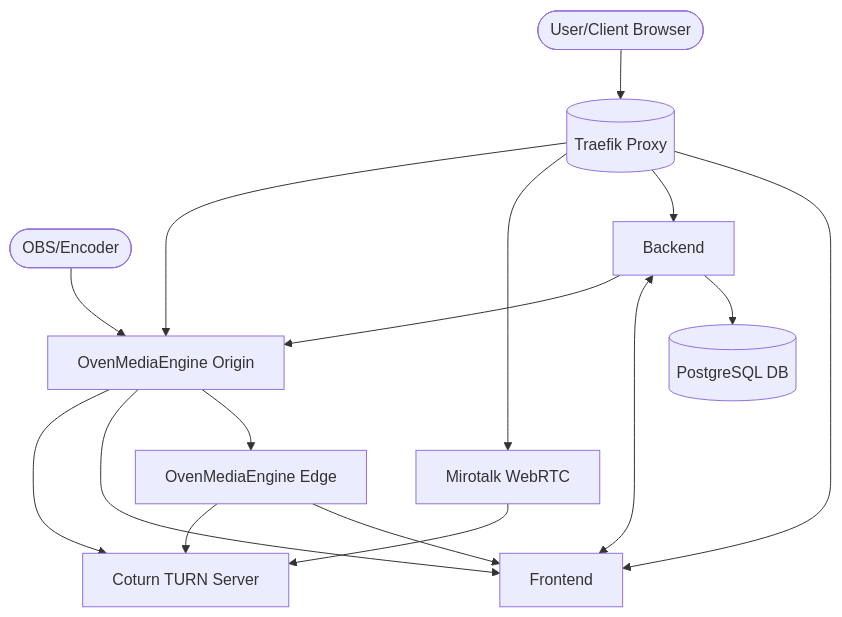
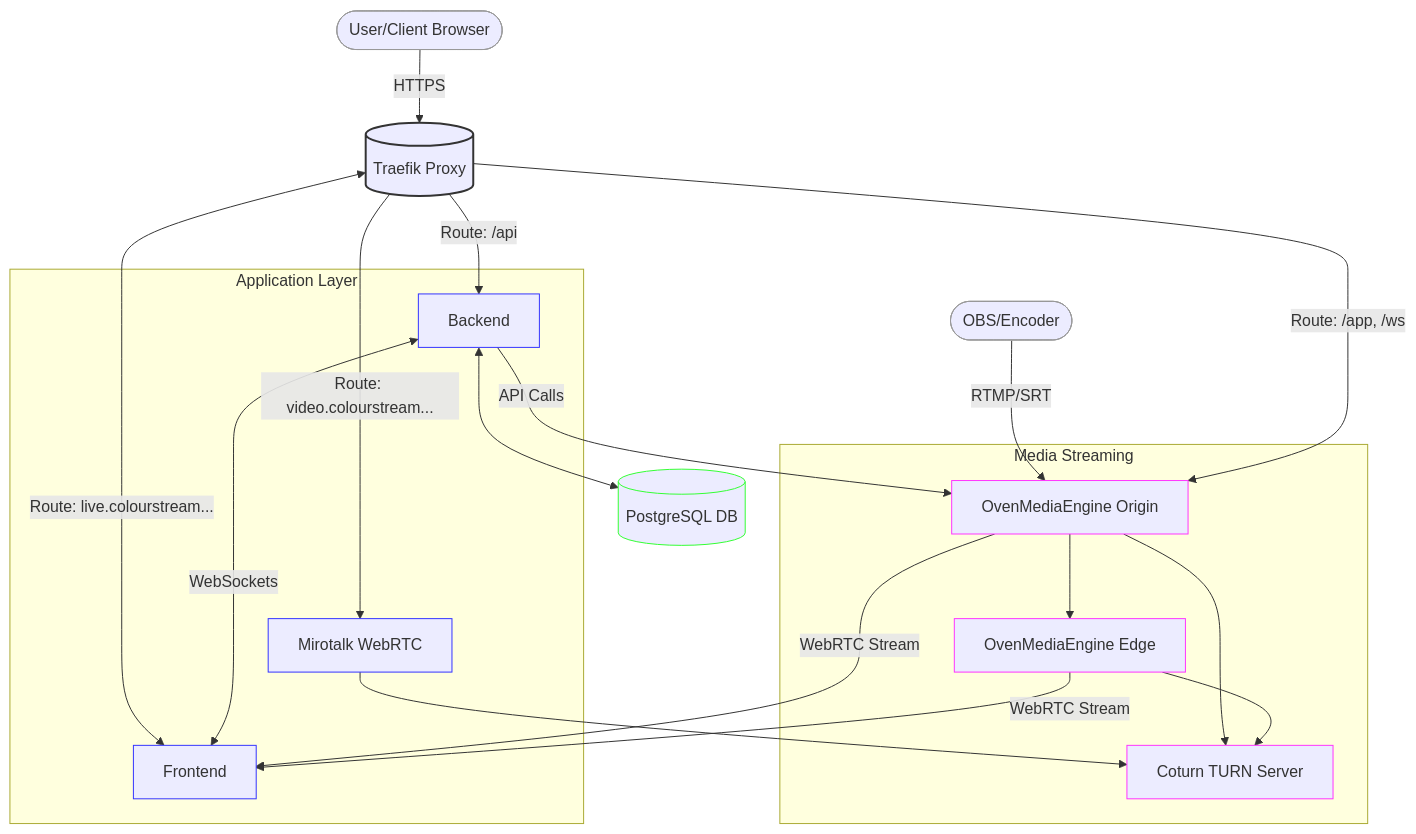
One commit to chaos-dotcom/colourstream changed the diagram in README.md. Above: the diagram before and after it, drawn with Mermaid.

Commit message:
update merthey

````diff
--- a/README.md
+++ b/README.md
@@ -24,27 +24,53 @@
 ```mermaid
 graph TD
     %% Client connections
-    Client([User/Client Browser]) --> Traefik
-    OBS([OBS/Encoder]) --> OME_Origin
+    Client([User/Client Browser]) --> |HTTPS| Traefik
+    OBS([OBS/Encoder]) --> |RTMP/SRT| OME_Origin
     
     %% Traefik routing
-    Traefik[(Traefik Proxy)] --> Frontend
-    Traefik --> Backend
-    Traefik --> Mirotalk
-    Traefik --> OME_Origin
+    Traefik[(Traefik Proxy)] <--> |Route: live.colourstream...| Frontend
+    Traefik --> |Route: /api| Backend
+    Traefik --> |Route: video.colourstream...| Mirotalk
+    Traefik --> |Route: /app, /ws| OME_Origin
     
     %% Backend connections
-    Backend --> PostgreSQL[(PostgreSQL DB)]
-    Backend <--> Frontend
-    Backend --> OME_Origin
+    Backend <--> PostgreSQL[(PostgreSQL DB)]
+    Backend <--> |WebSockets| Frontend
+    Backend --> |API Calls| OME_Origin
     
     %% Media connections
     OME_Origin[OvenMediaEngine Origin] --> OME_Edge[OvenMediaEngine Edge]
-    OME_Origin --> Frontend
-    OME_Edge --> Frontend
+    OME_Origin --> |WebRTC Stream| Frontend
+    OME_Edge --> |WebRTC Stream| Frontend
     
     %% WebRTC components
     Mirotalk[Mirotalk WebRTC] --> Coturn[Coturn TURN Server]
     OME_Origin --> Coturn
     OME_Edge --> Coturn
+    
+    %% Component subgraphs
+    subgraph "Media Streaming"
+        OME_Origin
+        OME_Edge
+        Coturn
+    end
+    
+    subgraph "Application Layer"
+        Frontend
+        Backend
+        Mirotalk
+    end
+    
+    %% Styling
+    classDef proxy fill:,stroke:#333,stroke-width:2px;
+    classDef app fill,stroke:#33f,stroke-width:1px;
+    classDef db fill:,stroke:#3f3,stroke-width:1px;
+    classDef media fill:,stroke:#f3f,stroke-width:1px;
+    classDef client fill:,stroke:#999,stroke-width:1px;
+
+    class Traefik proxy;
+    class Frontend,Backend,Mirotalk app;
+    class PostgreSQL db;
+    class OME_Origin,OME_Edge,Coturn media;
+    class Client,OBS client;
 ```
````
